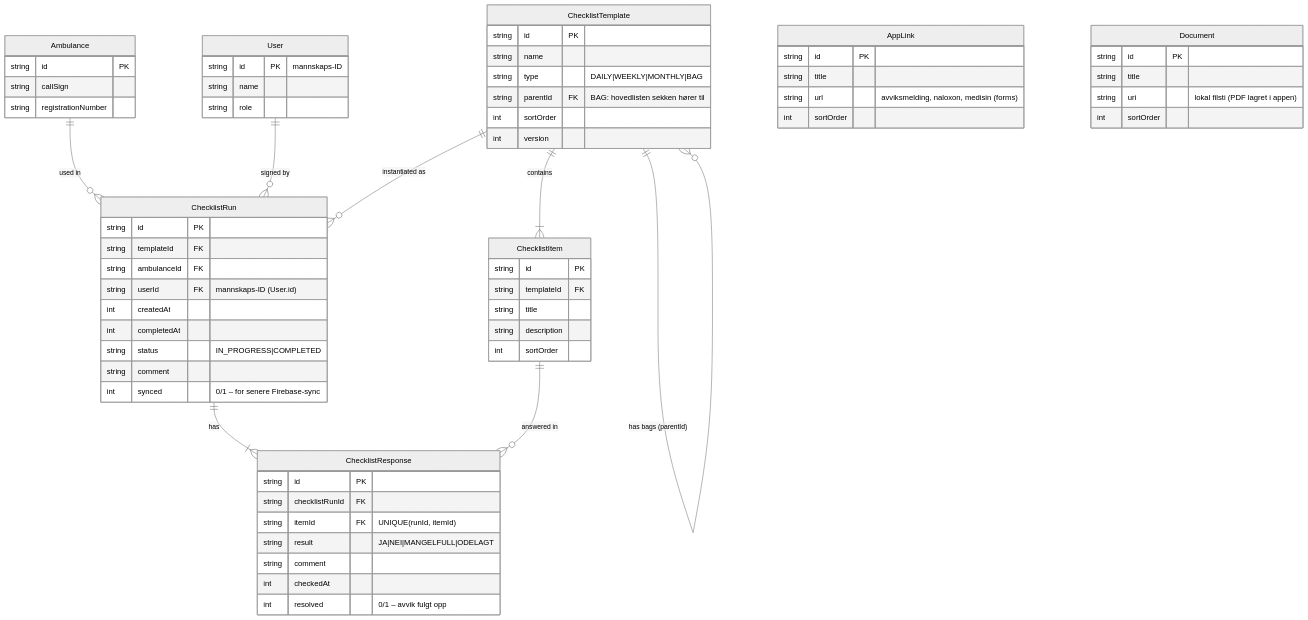
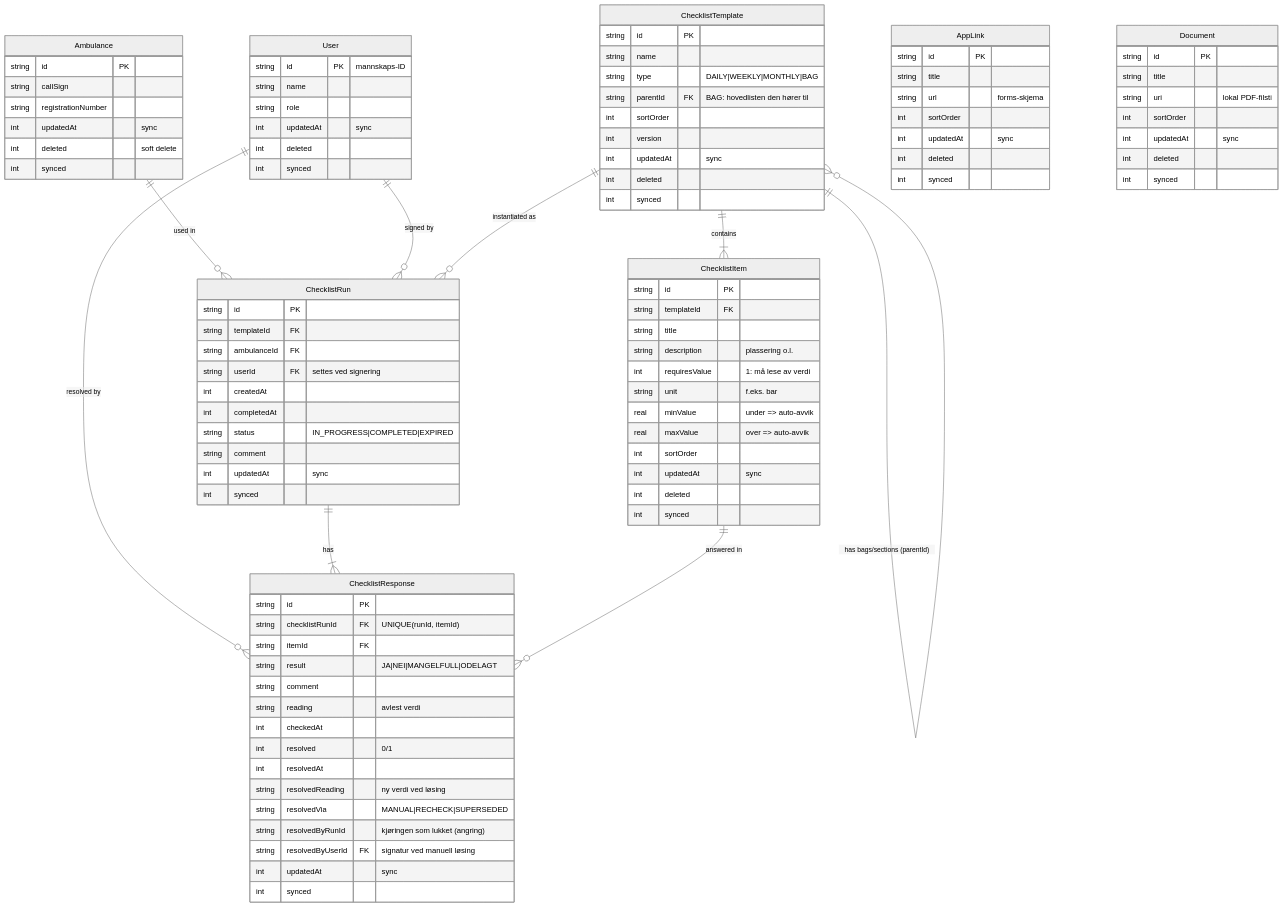
One commit to Vegardmykle/RedCross-Ambulance changed the diagram in diagrams/database.md. Above: the diagram before and after it, drawn with Mermaid (neutral theme). The commit also changed other lines of this file and 3 other files, not shown here.

````diff
--- a/diagrams/database.md
+++ b/diagrams/database.md
@@ -4,7 +4,8 @@
 erDiagram
     Ambulance ||--o{ ChecklistRun : "used in"
     User ||--o{ ChecklistRun : "signed by"
-    ChecklistTemplate ||--o{ ChecklistTemplate : "has bags (parentId)"
+    User ||--o{ ChecklistResponse : "resolved by"
+    ChecklistTemplate ||--o{ ChecklistTemplate : "has bags/sections (parentId)"
     ChecklistTemplate ||--|{ ChecklistItem : "contains"
     ChecklistTemplate ||--o{ ChecklistRun : "instantiated as"
     ChecklistRun ||--|{ ChecklistResponse : "has"
@@ -14,64 +15,95 @@
         string id PK
         string callSign
         string registrationNumber
+        int updatedAt "sync"
+        int deleted "soft delete"
+        int synced
     }
 
     User {
         string id PK "mannskaps-ID"
         string name
         string role
+        int updatedAt "sync"
+        int deleted
+        int synced
     }
 
     ChecklistTemplate {
         string id PK
         string name
         string type "DAILY|WEEKLY|MONTHLY|BAG"
-        string parentId FK "BAG: hovedlisten sekken hører til"
+        string parentId FK "BAG: hovedlisten den hører til"
         int sortOrder
         int version
+        int updatedAt "sync"
+        int deleted
+        int synced
     }
 
     ChecklistItem {
         string id PK
         string templateId FK
         string title
-        string description
+        string description "plassering o.l."
+        int requiresValue "1: må lese av verdi"
+        string unit "f.eks. bar"
+        real minValue "under => auto-avvik"
+        real maxValue "over => auto-avvik"
         int sortOrder
+        int updatedAt "sync"
+        int deleted
+        int synced
     }
 
     ChecklistRun {
         string id PK
         string templateId FK
         string ambulanceId FK
-        string userId FK "mannskaps-ID (User.id)"
+        string userId FK "settes ved signering"
         int createdAt
         int completedAt
-        string status "IN_PROGRESS|COMPLETED"
+        string status "IN_PROGRESS|COMPLETED|EXPIRED"
         string comment
-        int synced "0/1 – for senere Firebase-sync"
+        int updatedAt "sync"
+        int synced
     }
 
     ChecklistResponse {
         string id PK
-        string checklistRunId FK
-        string itemId FK "UNIQUE(runId, itemId)"
+        string checklistRunId FK "UNIQUE(runId, itemId)"
+        string itemId FK
         string result "JA|NEI|MANGELFULL|ODELAGT"
         string comment
+        string reading "avlest verdi"
         int checkedAt
-        int resolved "0/1 – avvik fulgt opp"
+        int resolved "0/1"
+        int resolvedAt
+        string resolvedReading "ny verdi ved løsing"
+        string resolvedVia "MANUAL|RECHECK|SUPERSEDED"
+        string resolvedByRunId "kjøringen som lukket (angring)"
+        string resolvedByUserId FK "signatur ved manuell løsing"
+        int updatedAt "sync"
+        int synced
     }
 
     AppLink {
         string id PK
         string title
-        string url "avviksmelding, naloxon, medisin (forms)"
+        string url "forms-skjema"
         int sortOrder
+        int updatedAt "sync"
+        int deleted
+        int synced
     }
 
     Document {
         string id PK
         string title
-        string uri "lokal filsti (PDF lagret i appen)"
+        string uri "lokal PDF-filsti"
         int sortOrder
+        int updatedAt "sync"
+        int deleted
+        int synced
     }
 ```
````
